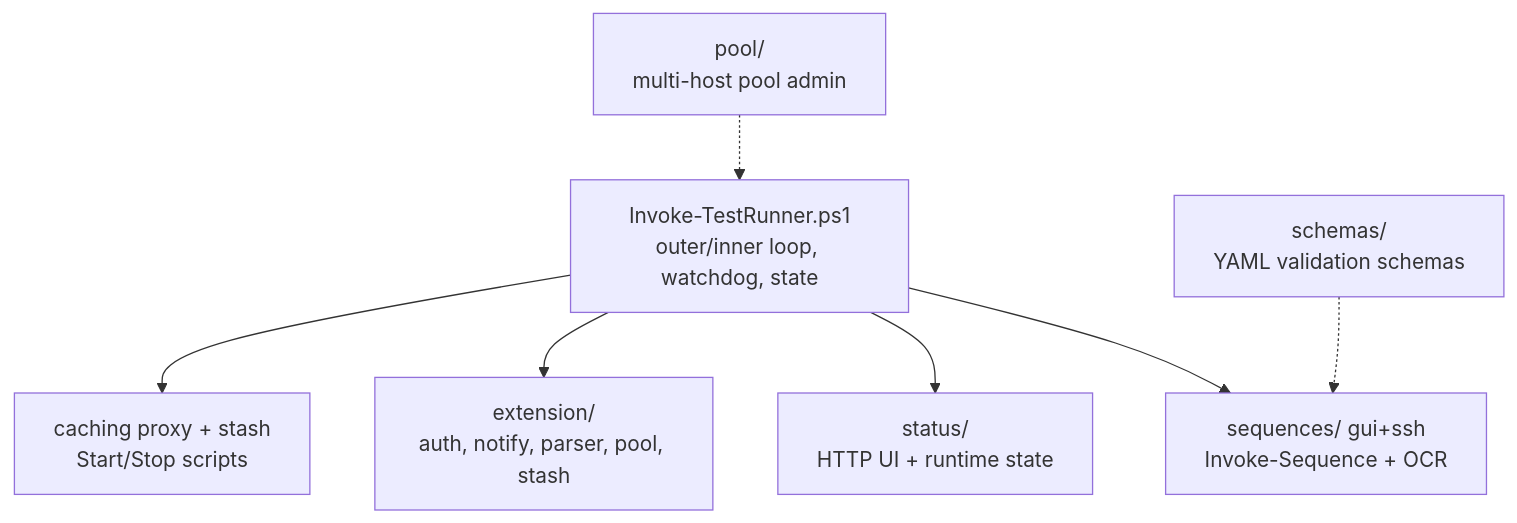
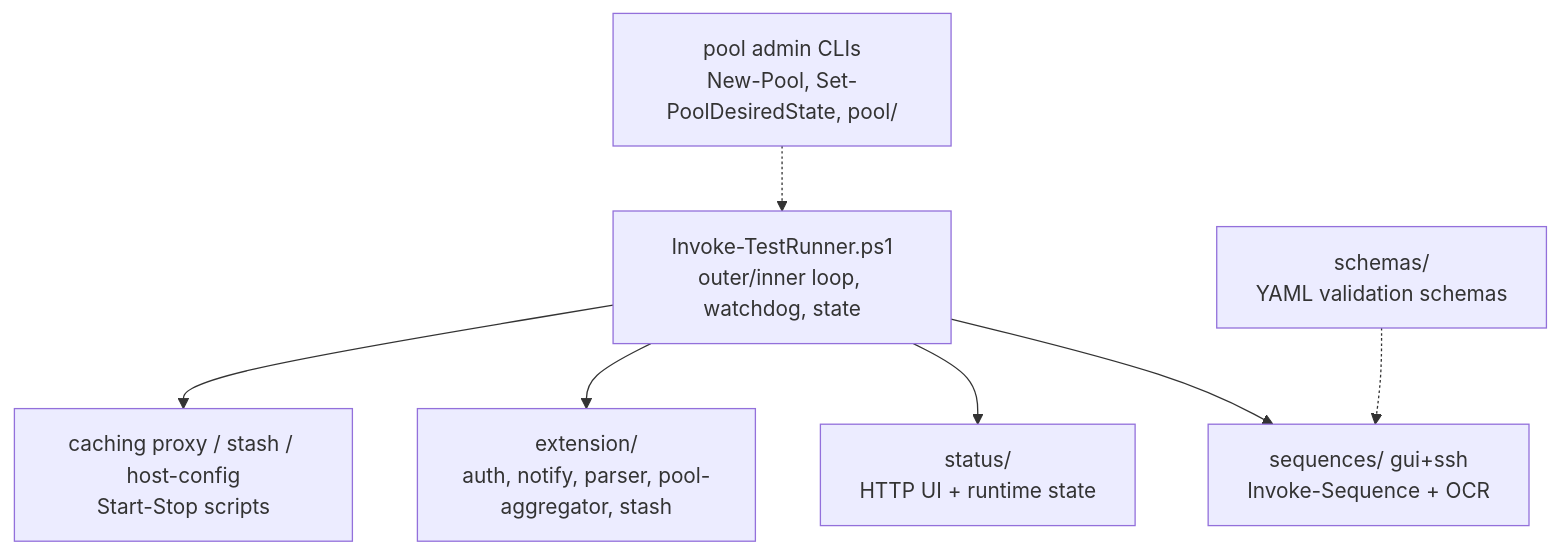
Before and after one commit to alissonsol/yuruna: the fourth of 7 diagrams in docs/design/02-component-breakdown.md, drawn with Mermaid. The commit also changed other lines of this file and 492 other files, not shown here.

````diff
--- a/docs/design/02-component-breakdown.md
+++ b/docs/design/02-component-breakdown.md
@@ -71,17 +86,17 @@
 ```mermaid
 flowchart TD
     runner[Invoke-TestRunner.ps1<br/>outer/inner loop, watchdog, state]
     sequences[sequences/ gui+ssh<br/>Invoke-Sequence + OCR]
     status[status/<br/>HTTP UI + runtime state]
-    extensions[extension/<br/>auth, notify, parser, pool, stash]
-    pool[pool/<br/>multi-host pool admin]
-    cache-stash[caching proxy + stash<br/>Start/Stop scripts]
+    extensions[extension/<br/>auth, notify, parser, pool-aggregator, stash]
+    pool[pool admin CLIs<br/>New-Pool, Set-PoolDesiredState, pool/]
+    cache-stash[caching proxy / stash / host-config<br/>Start-Stop scripts]
     schemas[schemas/<br/>YAML validation schemas]
 
     runner --> sequences
     runner --> status
     runner --> extensions
     runner --> cache-stash
     pool -.-> runner
     schemas -.-> sequences
 ```
````
